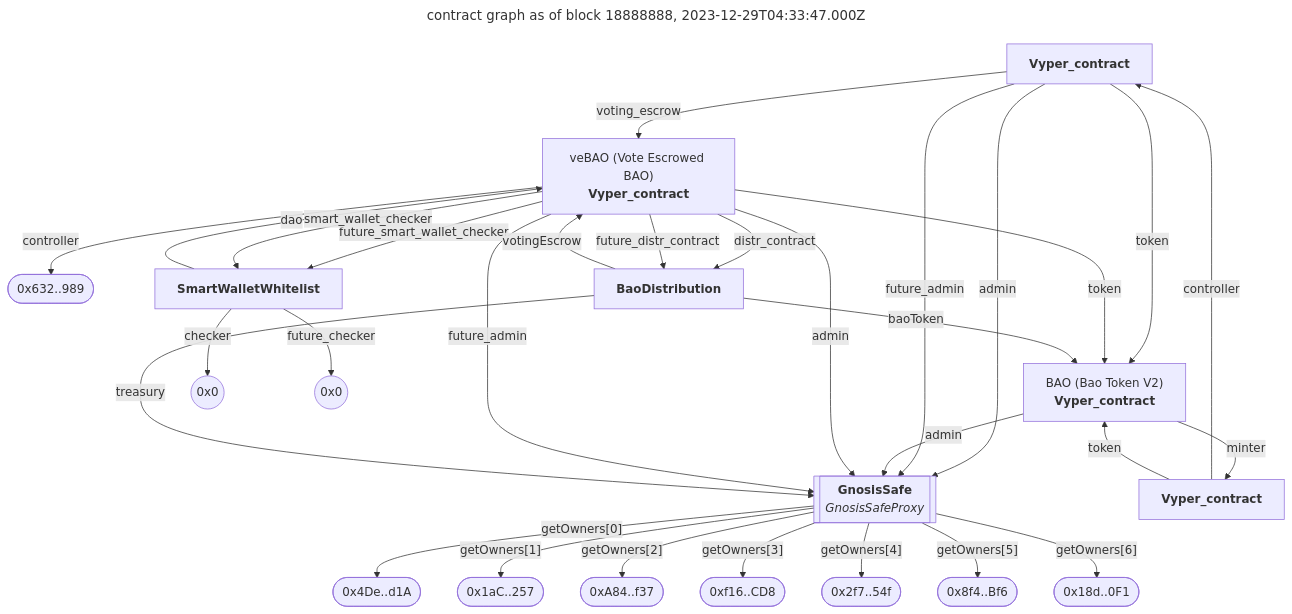
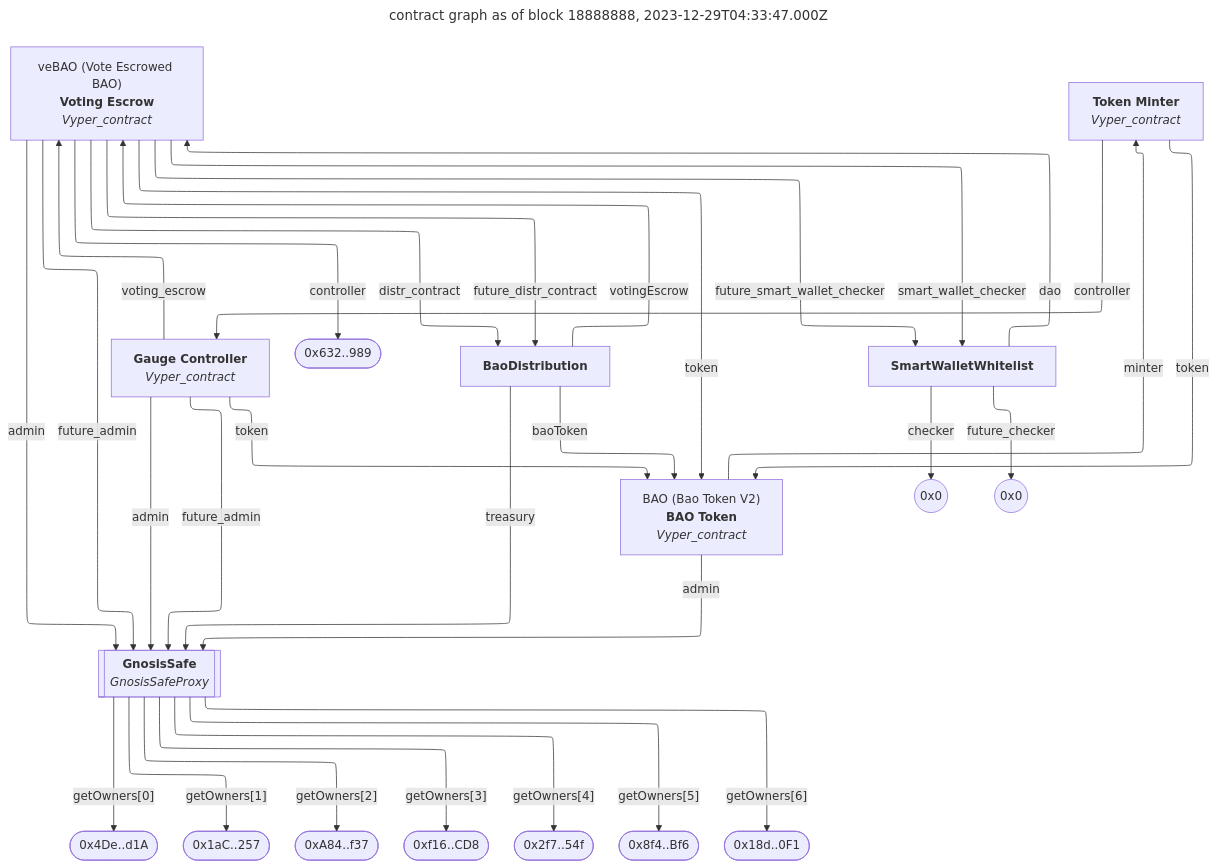
One commit to rootminus0x1/eat changed the diagram in test/bao-governance/bao-governance-diagram.md. Above: the diagram before and after it, drawn with Mermaid. The commit also changed 11 other files, not shown here.

Commit message:
added viewing via firefox removed "delve" debugging added vyper_contract contract name make sure the output root dir exists added a test for vyper_contract

```diff
--- a/test/bao-governance/bao-governance-diagram.md
+++ b/test/bao-governance/bao-governance-diagram.md
@@ -2,10 +2,10 @@
 ---
 title: contract graph as of block 18888888, 2023-12-29T04:33:47.000Z
 ---
-%%{init: {"flowchart": {"xdefaultRenderer": "elk"}} }%%
+%%{init: {"flowchart": {"defaultRenderer": "elk"}} }%%
 flowchart TB
 
-0x840e75261c2934f33C8766F6eA6235330DC1D72d["<b>Vyper_contract</b>"]:::contract
+0x840e75261c2934f33C8766F6eA6235330DC1D72d["<b>Gauge Controller</b><br><i>Vyper_contract</i>"]:::contract
 click 0x840e75261c2934f33C8766F6eA6235330DC1D72d "https://etherscan.io/address/0x840e75261c2934f33C8766F6eA6235330DC1D72d#code"
 
 0x840e75261c2934f33C8766F6eA6235330DC1D72d -- admin --> 0x3dFc49e5112005179Da613BdE5973229082dAc35
@@ -33,14 +33,14 @@
 
 0x3dFc49e5112005179Da613BdE5973229082dAc35 -- getOwners[6] --> 0x18d5D444467Fa53a78e72cB98375F57efDAfF0F1
 
-0xCe391315b414D4c7555956120461D21808A69F3A["BAO (Bao Token V2)<br><b>Vyper_contract</b>"]:::contract
+0xCe391315b414D4c7555956120461D21808A69F3A["BAO (Bao Token V2)<br><b>BAO Token</b><br><i>Vyper_contract</i>"]:::contract
 click 0xCe391315b414D4c7555956120461D21808A69F3A "https://etherscan.io/address/0xCe391315b414D4c7555956120461D21808A69F3A#code"
 
 0xCe391315b414D4c7555956120461D21808A69F3A -- admin --> 0x3dFc49e5112005179Da613BdE5973229082dAc35
 
 0xCe391315b414D4c7555956120461D21808A69F3A -- minter --> 0x7492Aa25Dcb4013925c199Ded466Fdf9baa6A380
 
-0x8Bf70DFE40F07a5ab715F7e888478d9D3680a2B6["veBAO (Vote Escrowed BAO)<br><b>Vyper_contract</b>"]:::contract
+0x8Bf70DFE40F07a5ab715F7e888478d9D3680a2B6["veBAO (Vote Escrowed BAO)<br><b>Voting Escrow</b><br><i>Vyper_contract</i>"]:::contract
 click 0x8Bf70DFE40F07a5ab715F7e888478d9D3680a2B6 "https://etherscan.io/address/0x8Bf70DFE40F07a5ab715F7e888478d9D3680a2B6#code"
 
 0x8Bf70DFE40F07a5ab715F7e888478d9D3680a2B6 -- admin --> 0x3dFc49e5112005179Da613BdE5973229082dAc35
@@ -80,7 +80,7 @@
 0x18d5D444467Fa53a78e72cB98375F57efDAfF0F1(["0x18d..0F1"]):::address
 click 0x18d5D444467Fa53a78e72cB98375F57efDAfF0F1 "https://etherscan.io/address/0x18d5D444467Fa53a78e72cB98375F57efDAfF0F1"
 
-0x7492Aa25Dcb4013925c199Ded466Fdf9baa6A380["<b>Vyper_contract</b>"]:::contract
+0x7492Aa25Dcb4013925c199Ded466Fdf9baa6A380["<b>Token Minter</b><br><i>Vyper_contract</i>"]:::contract
 click 0x7492Aa25Dcb4013925c199Ded466Fdf9baa6A380 "https://etherscan.io/address/0x7492Aa25Dcb4013925c199Ded466Fdf9baa6A380#code"
 
 0x7492Aa25Dcb4013925c199Ded466Fdf9baa6A380 -- controller --> 0x840e75261c2934f33C8766F6eA6235330DC1D72d
```
